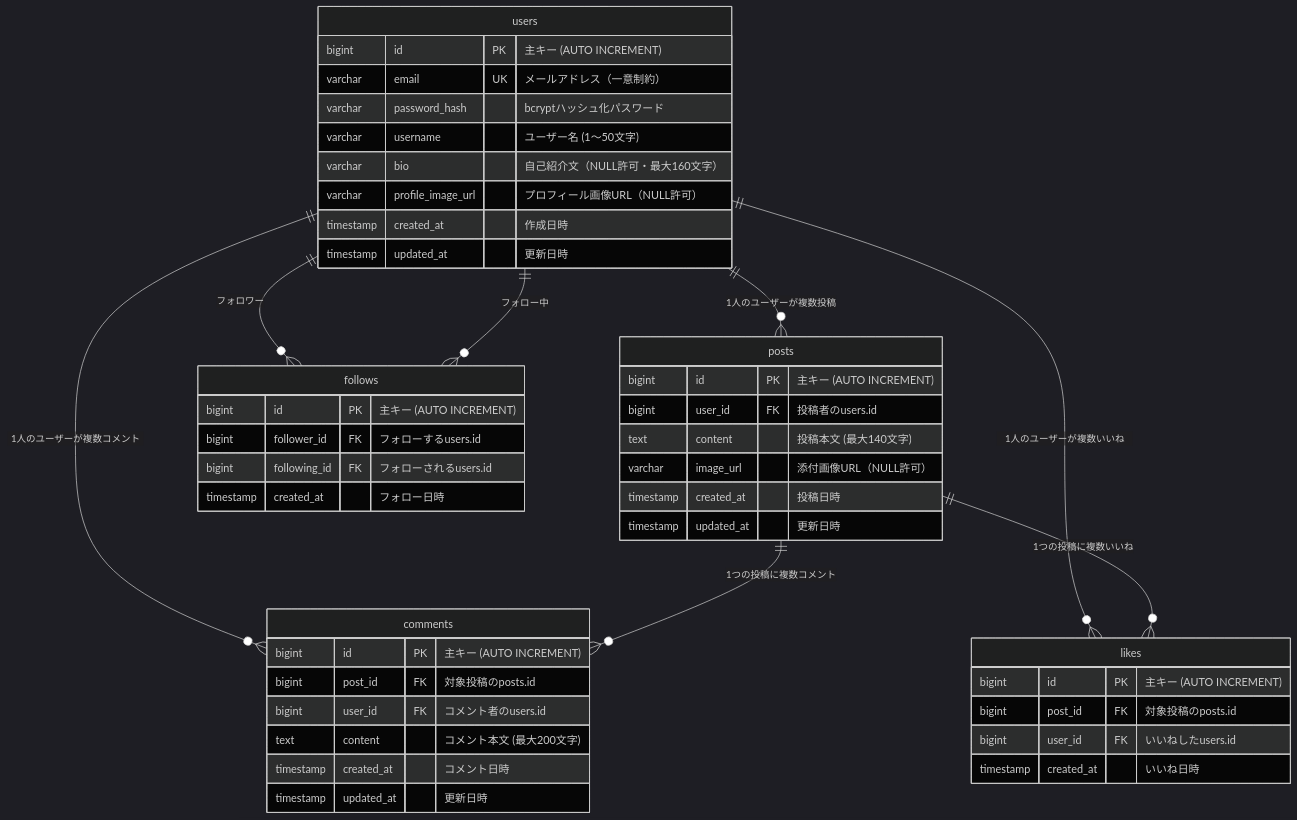
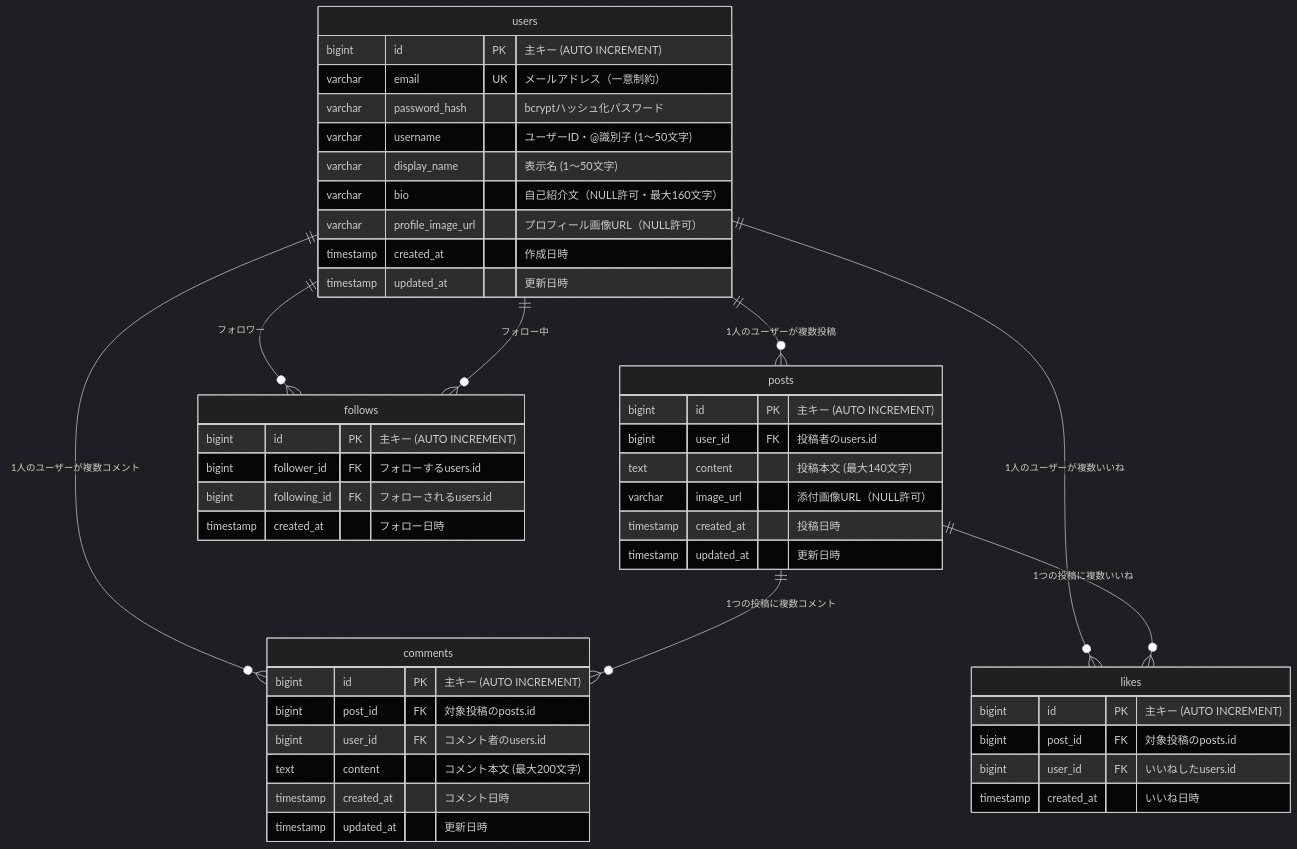
Before and after one commit to saku-day1/RaiseTimeLine: the diagram in docs/06_データ設計.md, drawn with Mermaid (dark theme). The commit also changed other lines of this file and 10 other files, not shown here.

````diff
--- a/docs/06_データ設計.md
+++ b/docs/06_データ設計.md
@@ -14,53 +14,54 @@
 ```mermaid
 erDiagram
     users {
         bigint id PK "主キー (AUTO INCREMENT)"
         varchar email UK "メールアドレス（一意制約）"
         varchar password_hash "bcryptハッシュ化パスワード"
-        varchar username "ユーザー名 (1〜50文字)"
+        varchar username "ユーザーID・@識別子 (1〜50文字)"
+        varchar display_name "表示名 (1〜50文字)"
         varchar bio "自己紹介文（NULL許可・最大160文字）"
         varchar profile_image_url "プロフィール画像URL（NULL許可）"
         timestamp created_at "作成日時"
         timestamp updated_at "更新日時"
     }
 
     posts {
         bigint id PK "主キー (AUTO INCREMENT)"
         bigint user_id FK "投稿者のusers.id"
         text content "投稿本文 (最大140文字)"
         varchar image_url "添付画像URL（NULL許可）"
         timestamp created_at "投稿日時"
         timestamp updated_at "更新日時"
     }
 
     comments {
         bigint id PK "主キー (AUTO INCREMENT)"
         bigint post_id FK "対象投稿のposts.id"
         bigint user_id FK "コメント者のusers.id"
         text content "コメント本文 (最大200文字)"
         timestamp created_at "コメント日時"
         timestamp updated_at "更新日時"
     }
 
     likes {
         bigint id PK "主キー (AUTO INCREMENT)"
         bigint post_id FK "対象投稿のposts.id"
         bigint user_id FK "いいねしたusers.id"
         timestamp created_at "いいね日時"
     }
 
     follows {
         bigint id PK "主キー (AUTO INCREMENT)"
         bigint follower_id FK "フォローするusers.id"
         bigint following_id FK "フォローされるusers.id"
         timestamp created_at "フォロー日時"
     }
 
     users ||--o{ posts : "1人のユーザーが複数投稿"
     users ||--o{ comments : "1人のユーザーが複数コメント"
     users ||--o{ likes : "1人のユーザーが複数いいね"
     users ||--o{ follows : "フォロワー"
     users ||--o{ follows : "フォロー中"
     posts ||--o{ comments : "1つの投稿に複数コメント"
     posts ||--o{ likes : "1つの投稿に複数いいね"
 ```
````
